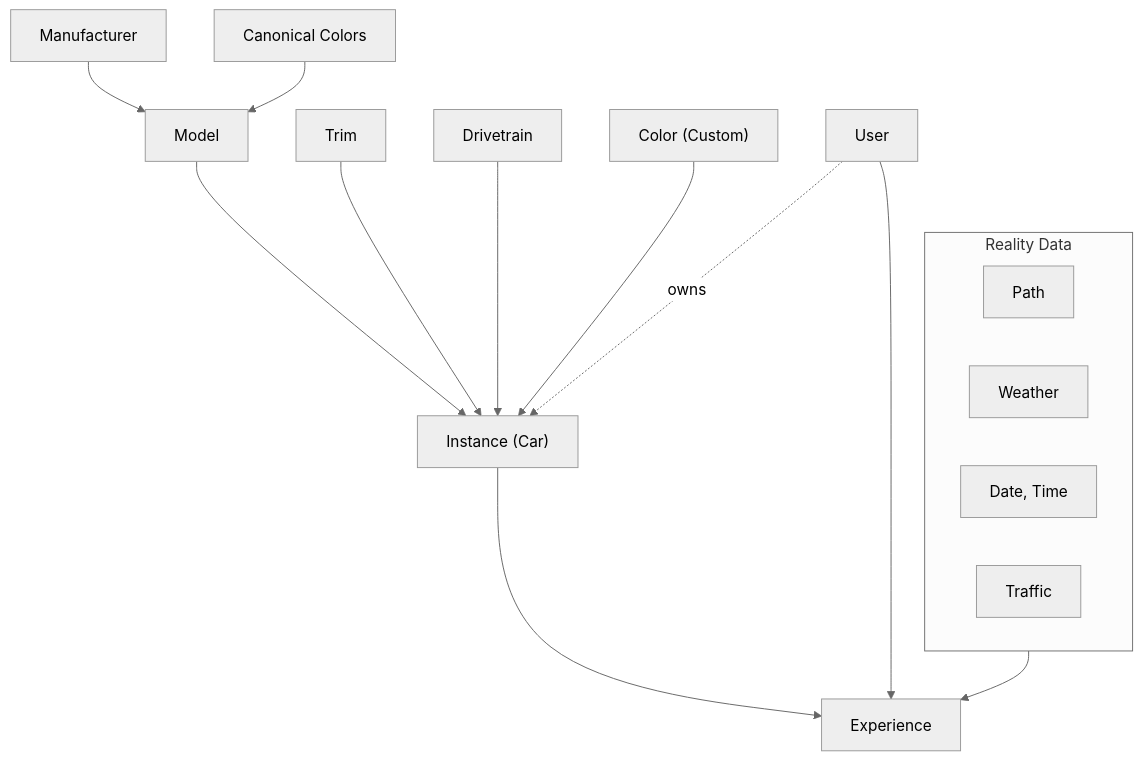
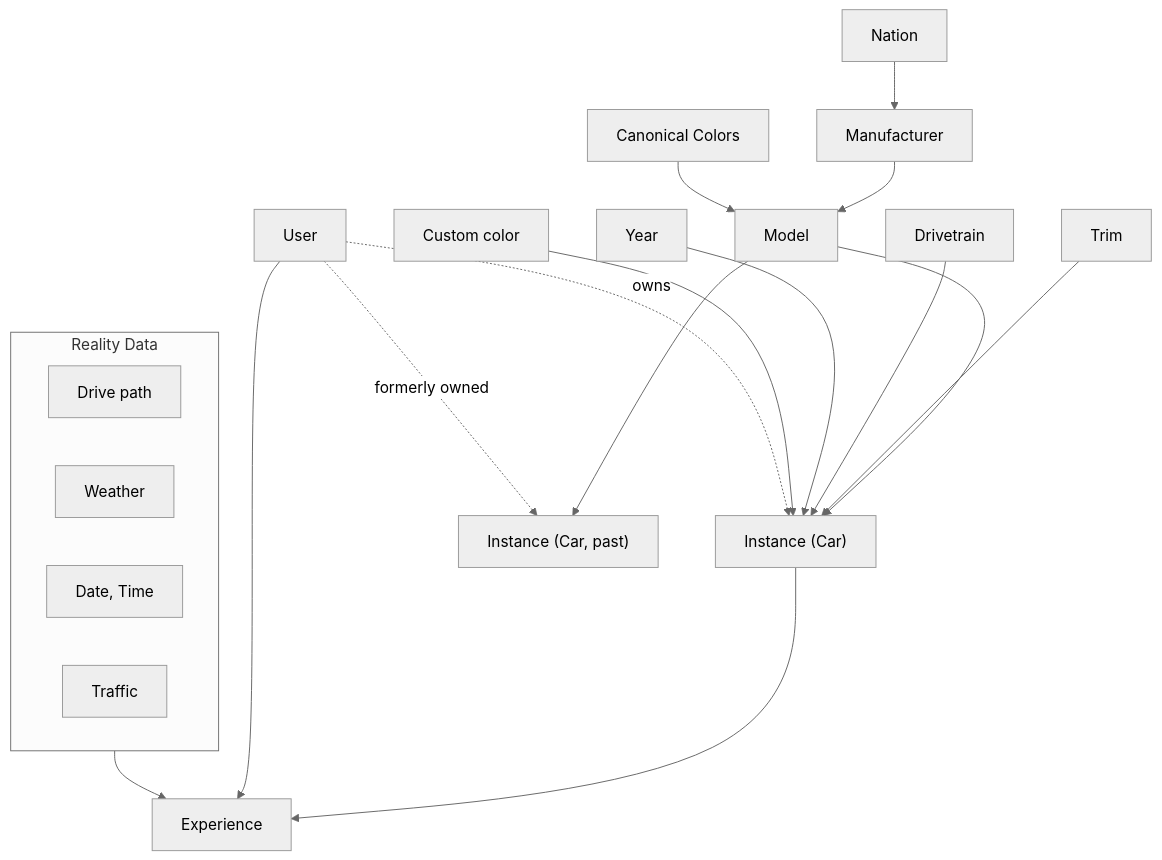
One commit to UUeird/dyno changed the diagram in docs/product.md. Above: the diagram before and after it, drawn with Mermaid (neutral theme). The commit also changed other lines of this file, not shown here.

Commit message:
Add Year/Nation edges, rename custom color node, add past-owned instance
Year > Instance, Nation > Manufacturer. "Color (Custom)" renamed to
"Custom color". New past-owned Instance node with dashed "formerly
owned" edge from User.

````diff
--- a/docs/product.md
+++ b/docs/product.md
@@ -7,18 +7,21 @@
 ```mermaid
 flowchart TD
-    Manufacturer --> Model --> Instance["Instance (Car)"] --> Experience
+    Nation --> Manufacturer --> Model --> Instance["Instance (Car)"] --> Experience
+    Model --> PastInstance["Instance (Car, past)"]
     Trim --> Instance
     Drivetrain --> Instance
+    Year --> Instance
     User --> Experience
     CanonicalColors["Canonical Colors"] --> Model
-    CustomColor["Color (Custom)"] --> Instance
+    CustomColor["Custom color"] --> Instance
     User -. owns .-> Instance
+    User -. formerly owned .-> PastInstance
 
     subgraph RealityData["Reality Data"]
-        Path
+        DrivePath["Drive path"]
         Weather
         DateTime["Date, Time"]
         Traffic
     end
     RealityData --> Experience
 ```
````
